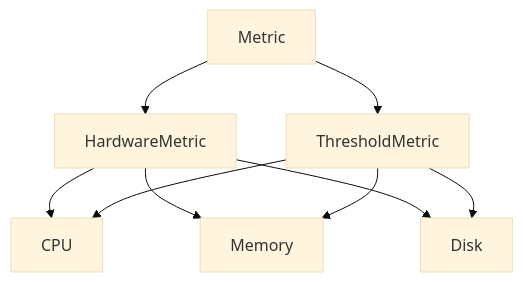
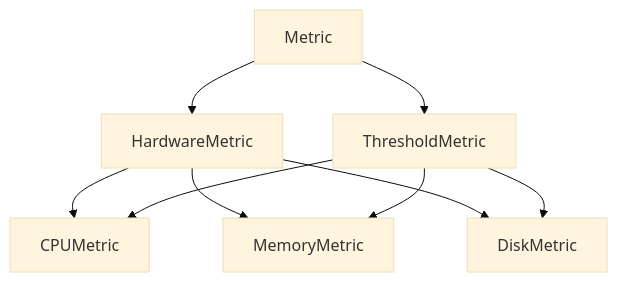
One commit to CristianBudala/Argus-OOP-Project changed the second of 2 diagrams in README.md. Above: the diagram before and after it, drawn with Mermaid (base theme). The commit also changed other lines of this file, not shown here.

````diff
--- a/README.md
+++ b/README.md
@@ -128,18 +253,11 @@
 ```mermaid
-graph TD
-    Metric
-    HardwareMetric
-    ThresholdMetric
-    CPU
-    Memory
-    Disk
-
+flowchart TD
     Metric --> HardwareMetric
     Metric --> ThresholdMetric
-    HardwareMetric --> CPU
-    HardwareMetric --> Memory
-    HardwareMetric --> Disk
-    ThresholdMetric --> CPU
-    ThresholdMetric --> Memory
-    ThresholdMetric --> Disk
+    HardwareMetric --> CPUMetric
+    HardwareMetric --> MemoryMetric
+    HardwareMetric --> DiskMetric
+    ThresholdMetric --> CPUMetric
+    ThresholdMetric --> MemoryMetric
+    ThresholdMetric --> DiskMetric
 ```
````
